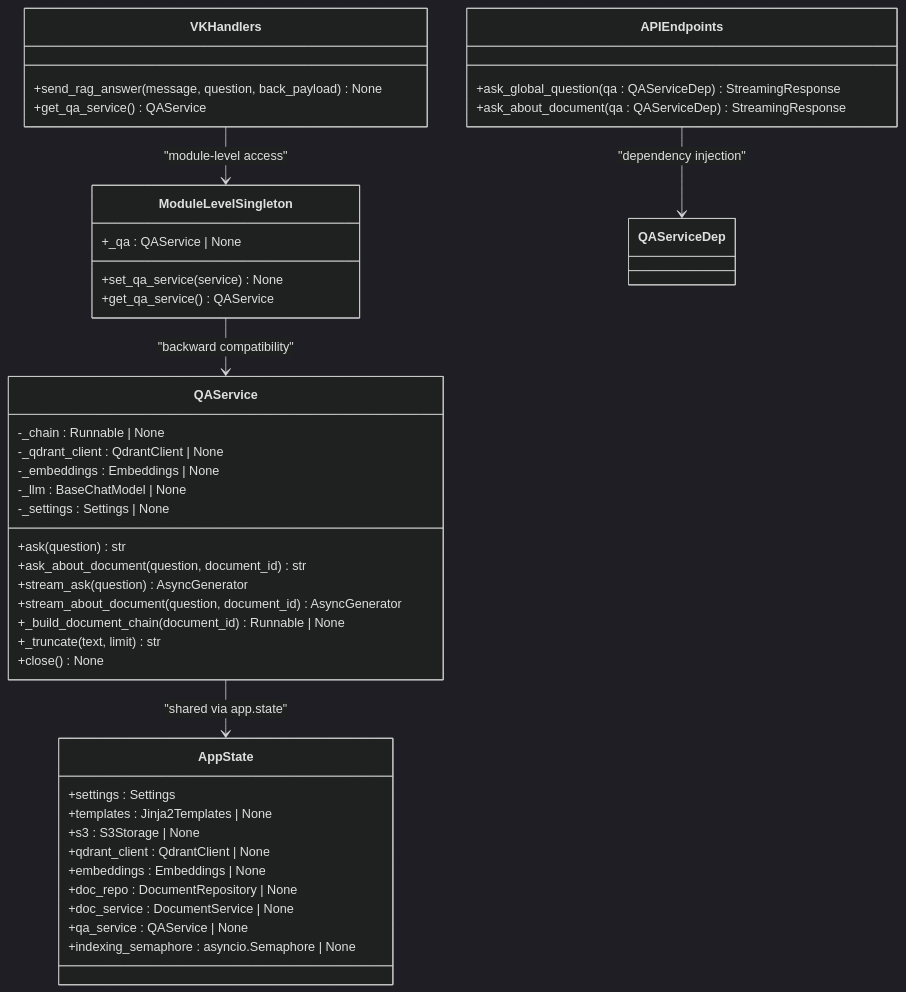
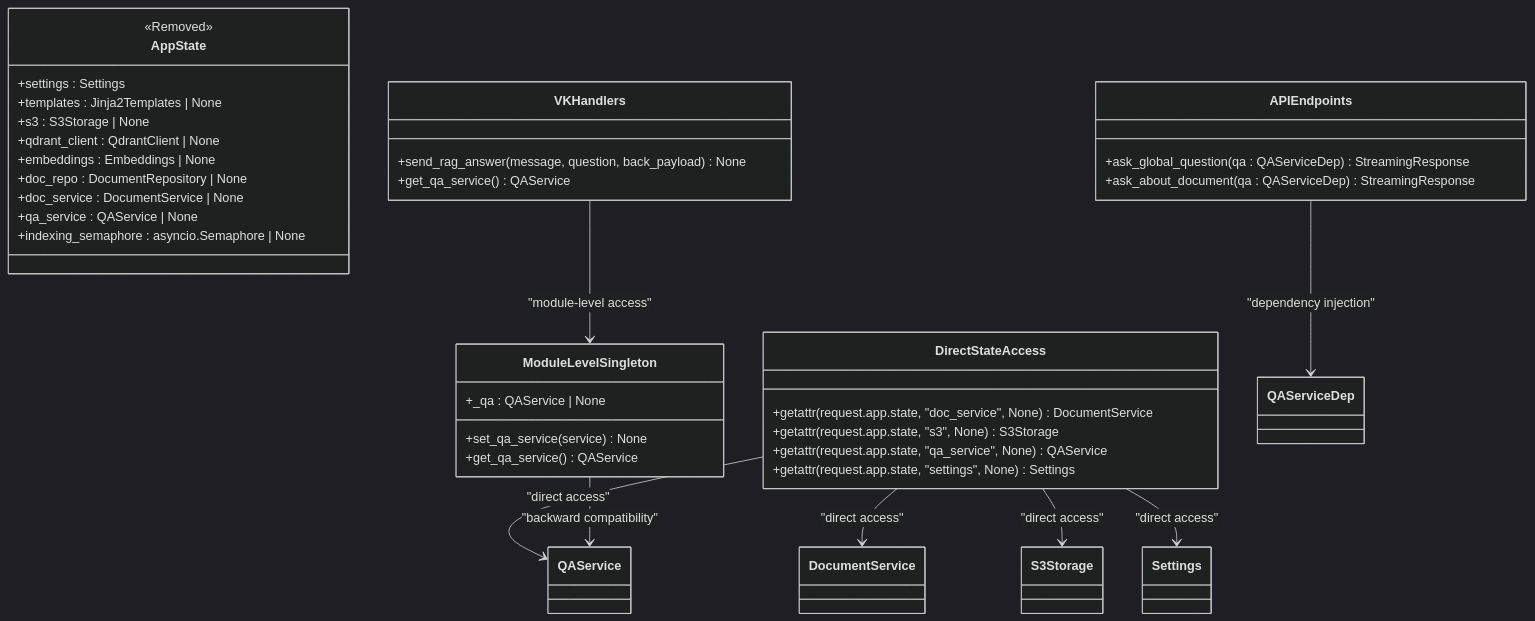
Before and after one commit to ognelis/cafetera_hr_bot: the fifth of 8 diagrams in .qoder/repowiki/en/content/API Reference/Dependency Injection System.md, drawn with Mermaid (dark theme). The commit also changed other lines of this file and 20 other files, not shown here.

````diff
--- a/.qoder/repowiki/en/content/API Reference/Dependency Injection System.md
+++ b/.qoder/repowiki/en/content/API Reference/Dependency Injection System.md
@@ -314,45 +314,41 @@
 ```mermaid
 classDiagram
-class QAService {
--_chain : Runnable | None
--_qdrant_client : QdrantClient | None
--_embeddings : Embeddings | None
--_llm : BaseChatModel | None
--_settings : Settings | None
-+ask(question) str
-+ask_about_document(question, document_id) str
-+stream_ask(question) AsyncGenerator
-+stream_about_document(question, document_id) AsyncGenerator
-+_build_document_chain(document_id) Runnable | None
-+_truncate(text, limit) str
-+close() None
+class DirectStateAccess {
++getattr(request.app.state, "doc_service", None) DocumentService
++getattr(request.app.state, "s3", None) S3Storage
++getattr(request.app.state, "qa_service", None) QAService
++getattr(request.app.state, "settings", None) Settings
 }
 class AppState {
+<<Removed>>
 +settings : Settings
 +templates : Jinja2Templates | None
 +s3 : S3Storage | None
 +qdrant_client : QdrantClient | None
 +embeddings : Embeddings | None
 +doc_repo : DocumentRepository | None
 +doc_service : DocumentService | None
 +qa_service : QAService | None
 +indexing_semaphore : asyncio.Semaphore | None
 }
 class ModuleLevelSingleton {
 +_qa : QAService | None
 +set_qa_service(service) None
 +get_qa_service() QAService
 }
 class APIEndpoints {
 +ask_global_question(qa : QAServiceDep) StreamingResponse
 +ask_about_document(qa : QAServiceDep) StreamingResponse
 }
 class VKHandlers {
 +send_rag_answer(message, question, back_payload) None
 +get_qa_service() QAService
 }
-QAService --> AppState : "shared via app.state"
+DirectStateAccess --> DocumentService : "direct access"
+DirectStateAccess --> S3Storage : "direct access"
+DirectStateAccess --> QAService : "direct access"
+DirectStateAccess --> Settings : "direct access"
 ModuleLevelSingleton --> QAService : "backward compatibility"
 APIEndpoints --> QAServiceDep : "dependency injection"
 VKHandlers --> ModuleLevelSingleton : "module-level access"
 ```
````
